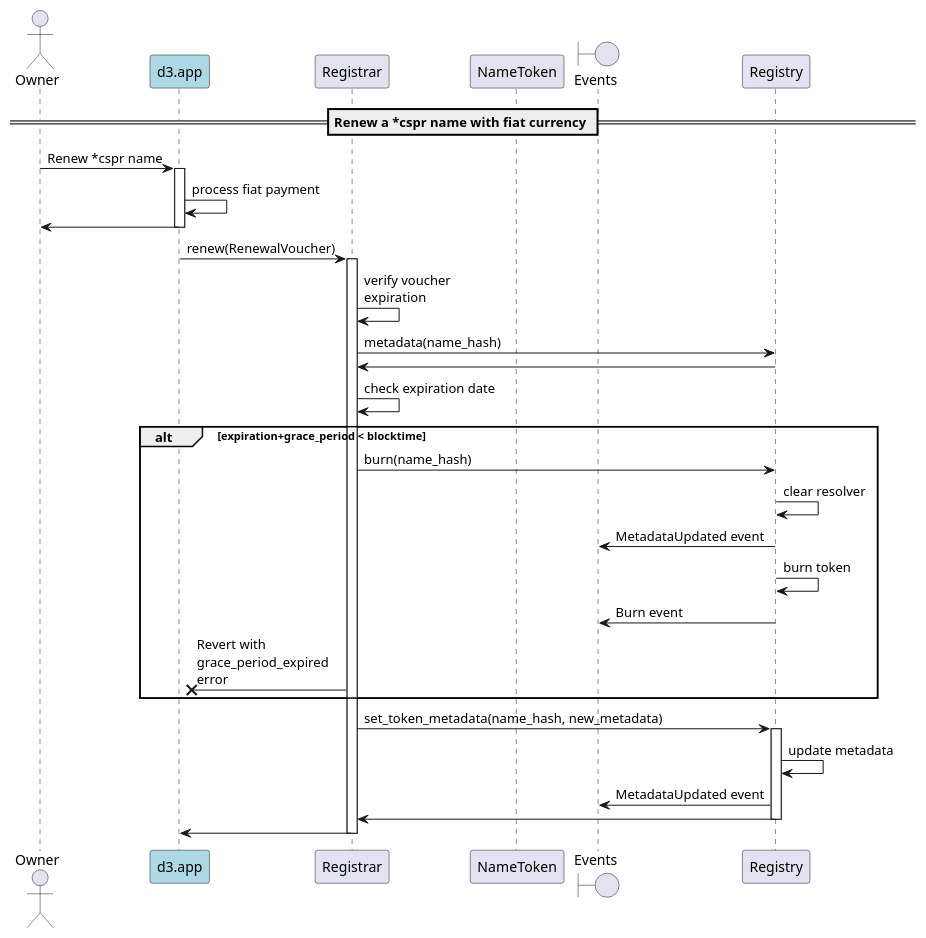
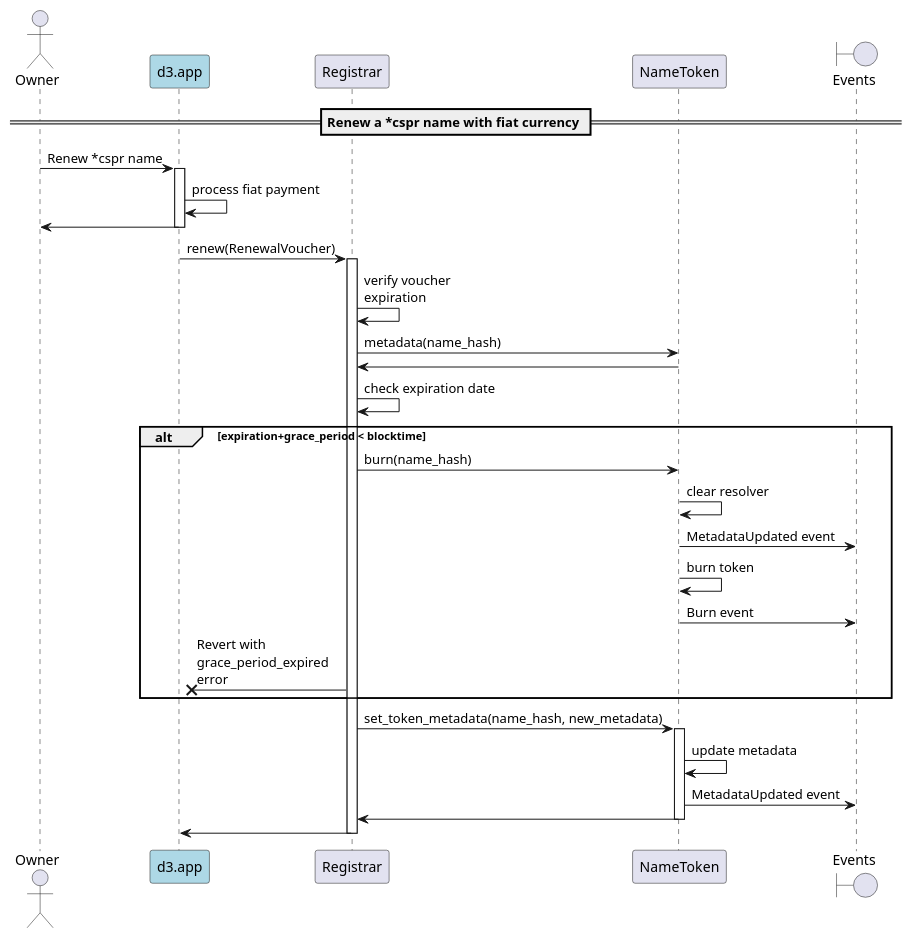
The diagram in docs/sequence-diagrams/puml/offchain-renewal.puml (make-software/cspr-name-contracts), drawn with PlantUML before and after one commit. The commit also changed 9 other files, not shown here.

Commit message:
Renamed Registry contract with NameToken in the sequence diagrams. (part 3)

```diff
--- a/docs/sequence-diagrams/puml/offchain-renewal.puml
+++ b/docs/sequence-diagrams/puml/offchain-renewal.puml
@@ -1,43 +1,43 @@
 @startuml
 'https://plantuml.com/sequence-diagram
 
 'autonumber
 actor Owner
 participant "d3.app" as d3 #lightblue
 participant "Registrar"
 participant "NameToken"
 boundary "Events"
 
 == Renew a *cspr name with fiat currency ==
 
 Owner -> d3: Renew *cspr name
 activate d3
 d3 -> d3: process fiat payment
 d3 -> Owner
 deactivate d3
 
 d3 -> Registrar: renew(RenewalVoucher)
 activate Registrar
 Registrar -> Registrar: verify voucher\nexpiration
-Registrar -> Registry: metadata(name_hash)
-Registry -> Registrar
+Registrar -> NameToken: metadata(name_hash)
+NameToken -> Registrar
 Registrar -> Registrar: check expiration date
 alt expiration+grace_period < blocktime
-    Registrar -> Registry: burn(name_hash)
-    Registry -> Registry: clear resolver
-    Registry -> "Events": MetadataUpdated event
-    Registry -> Registry: burn token
-    Registry -> "Events": Burn event
+    Registrar -> NameToken: burn(name_hash)
+    NameToken -> NameToken: clear resolver
+    NameToken -> "Events": MetadataUpdated event
+    NameToken -> NameToken: burn token
+    NameToken -> "Events": Burn event
     Registrar ->x d3: Revert with\ngrace_period_expired\nerror
 end
-Registrar -> Registry: set_token_metadata(name_hash, new_metadata)
-activate Registry
-Registry -> Registry: update metadata
-Registry -> "Events": MetadataUpdated event
-Registry -> Registrar
-deactivate Registry
+Registrar -> NameToken: set_token_metadata(name_hash, new_metadata)
+activate NameToken
+NameToken -> NameToken: update metadata
+NameToken -> "Events": MetadataUpdated event
+NameToken -> Registrar
+deactivate NameToken
 Registrar -> d3
 deactivate Registrar
 deactivate d3
 
 @enduml
```
